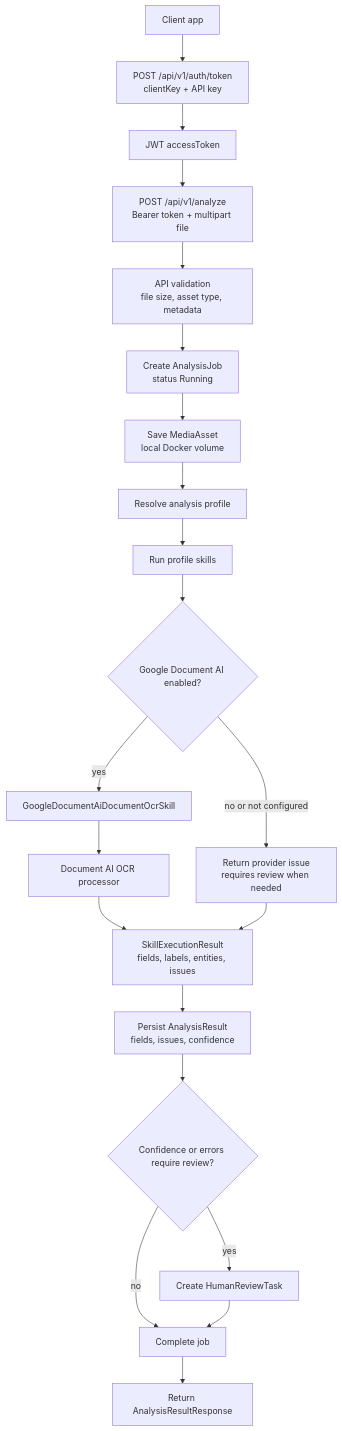
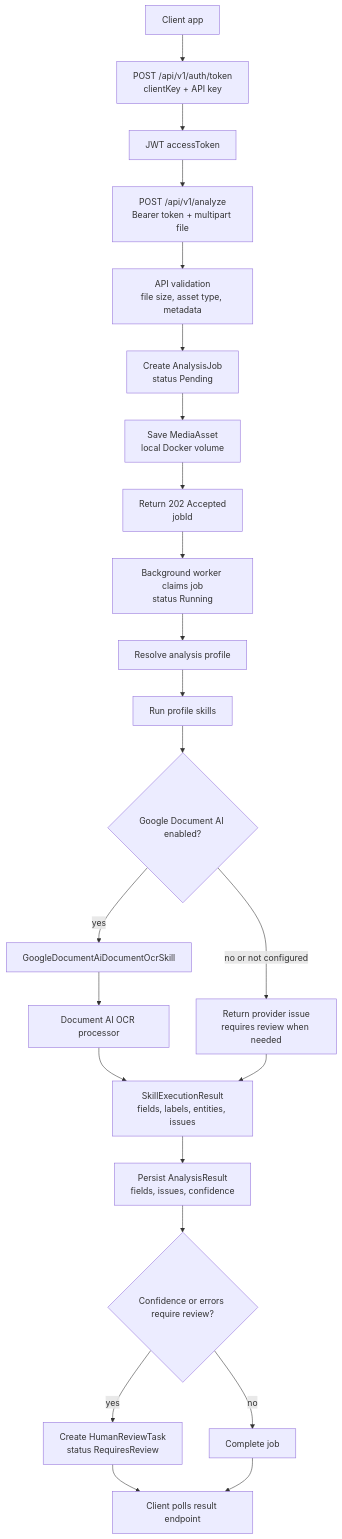
The first of 8 diagrams in README.md (lokomurdok89/DeValpo.MediaIntelligence), drawn with Mermaid before and after one commit. The commit also changed other lines of this file and 29 other files, not shown here.

Commit message:
Complete phase 4 async jobs worker (#11)

````diff
--- a/README.md
+++ b/README.md
@@ -19,23 +19,25 @@
 ```mermaid
 flowchart TD
     A["Client app"] --> B["POST /api/v1/auth/token<br/>clientKey + API key"]
     B --> C["JWT accessToken"]
     C --> D["POST /api/v1/analyze<br/>Bearer token + multipart file"]
     D --> E["API validation<br/>file size, asset type, metadata"]
-    E --> F["Create AnalysisJob<br/>status Running"]
+    E --> F["Create AnalysisJob<br/>status Pending"]
     F --> G["Save MediaAsset<br/>local Docker volume"]
-    G --> H["Resolve analysis profile"]
-    H --> I["Run profile skills"]
-    I --> J{"Google Document AI enabled?"}
-    J -- "yes" --> K["GoogleDocumentAiDocumentOcrSkill"]
-    K --> L["Document AI OCR processor"]
-    J -- "no or not configured" --> M["Return provider issue<br/>requires review when needed"]
-    L --> N["SkillExecutionResult<br/>fields, labels, entities, issues"]
-    M --> N
-    N --> O["Persist AnalysisResult<br/>fields, issues, confidence"]
-    O --> P{"Confidence or errors require review?"}
-    P -- "yes" --> Q["Create HumanReviewTask"]
-    P -- "no" --> R["Complete job"]
-    Q --> R
-    R --> S["Return AnalysisResultResponse"]
+    G --> H["Return 202 Accepted<br/>jobId"]
+    H --> I["Background worker claims job<br/>status Running"]
+    I --> J["Resolve analysis profile"]
+    J --> K["Run profile skills"]
+    K --> L{"Google Document AI enabled?"}
+    L -- "yes" --> M["GoogleDocumentAiDocumentOcrSkill"]
+    M --> N["Document AI OCR processor"]
+    L -- "no or not configured" --> O["Return provider issue<br/>requires review when needed"]
+    N --> P["SkillExecutionResult<br/>fields, labels, entities, issues"]
+    O --> P
+    P --> Q["Persist AnalysisResult<br/>fields, issues, confidence"]
+    Q --> R{"Confidence or errors require review?"}
+    R -- "yes" --> S["Create HumanReviewTask<br/>status RequiresReview"]
+    R -- "no" --> T["Complete job"]
+    S --> U["Client polls result endpoint"]
+    T --> U
 ```
````
